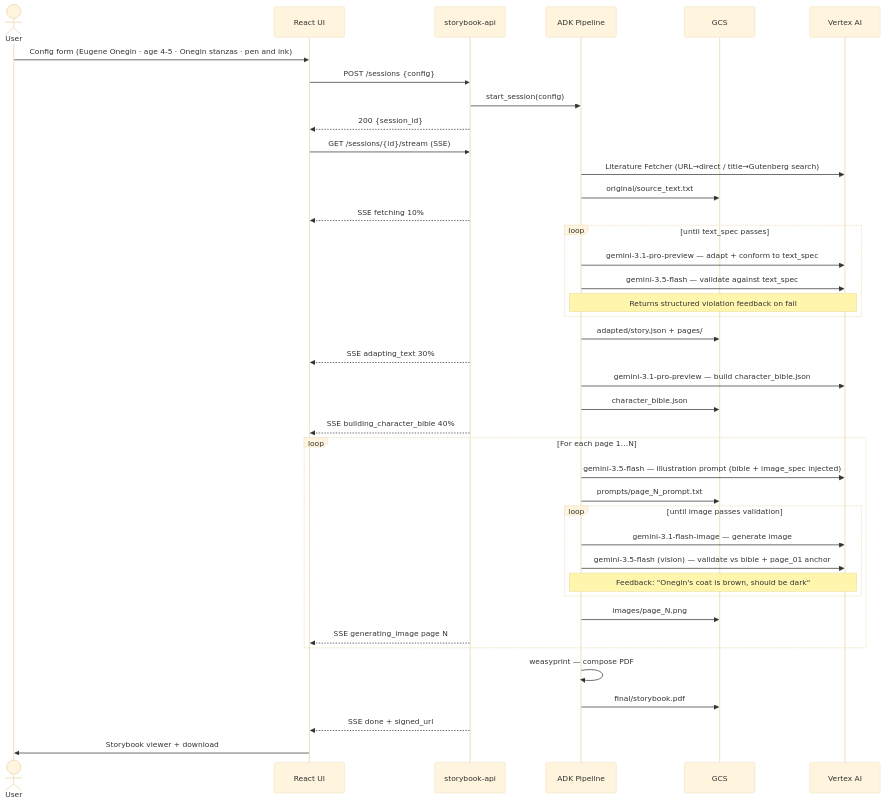
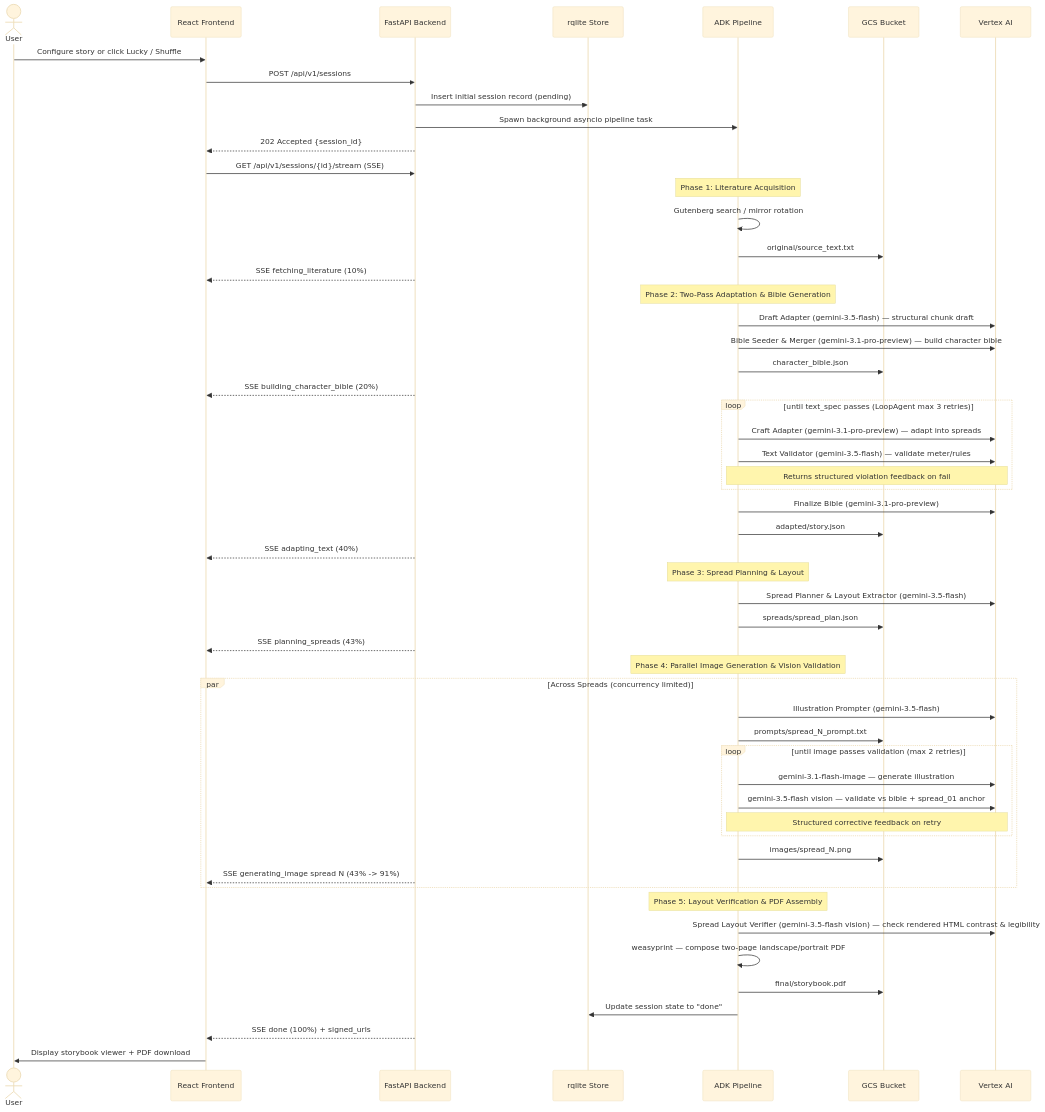
Before and after one commit to arbrown/asp: the fourth of 4 diagrams in docs/architecture/architecture.md, drawn with Mermaid (base theme). The commit also changed other lines of this file, not shown here.

Commit message:
docs: update architecture diagrams and spec to match current two-pass spread pipeline

````diff
--- a/docs/architecture/architecture.md
+++ b/docs/architecture/architecture.md
@@ -306,48 +286,63 @@
 ```mermaid
 sequenceDiagram
     actor User
-    participant UI as React UI
-    participant API as storybook-api
+    participant UI as React Frontend
+    participant API as FastAPI Backend
+    participant DB as rqlite Store
     participant Agent as ADK Pipeline
-    participant GCS
+    participant GCS as GCS Bucket
     participant Vertex as Vertex AI
 
-    User->>UI: Config form (Eugene Onegin · age 4-5 · Onegin stanzas · pen and ink)
-    UI->>API: POST /sessions {config}
-    API->>Agent: start_session(config)
-    API-->>UI: 200 {session_id}
-    UI->>API: GET /sessions/{id}/stream (SSE)
+    User->>UI: Configure story or click Lucky / Shuffle
+    UI->>API: POST /api/v1/sessions
+    API->>DB: Insert initial session record (pending)
+    API->>Agent: Spawn background asyncio pipeline task
+    API-->>UI: 202 Accepted {session_id}
+    UI->>API: GET /api/v1/sessions/{id}/stream (SSE)
 
-    Agent->>Vertex: Literature Fetcher (URL→direct / title→Gutenberg search)
+    Note over Agent: Phase 1: Literature Acquisition
+    Agent->>Agent: Gutenberg search / mirror rotation
     Agent->>GCS: original/source_text.txt
-    API-->>UI: SSE fetching 10%
+    API-->>UI: SSE fetching_literature (10%)
 
-    loop until text_spec passes
-        Agent->>Vertex: gemini-3.1-pro-preview — adapt + conform to text_spec
-        Agent->>Vertex: gemini-3.5-flash — validate against text_spec
+    Note over Agent: Phase 2: Two-Pass Adaptation & Bible Generation
+    Agent->>Vertex: Draft Adapter (gemini-3.5-flash) — structural chunk draft
+    Agent->>Vertex: Bible Seeder & Merger (gemini-3.1-pro-preview) — build character bible
+    Agent->>GCS: character_bible.json
+    API-->>UI: SSE building_character_bible (20%)
+
+    loop until text_spec passes (LoopAgent max 3 retries)
+        Agent->>Vertex: Craft Adapter (gemini-3.1-pro-preview) — adapt into spreads
+        Agent->>Vertex: Text Validator (gemini-3.5-flash) — validate meter/rules
         Note over Agent,Vertex: Returns structured violation feedback on fail
     end
-    Agent->>GCS: adapted/story.json + pages/
-    API-->>UI: SSE adapting_text 30%
+    Agent->>Vertex: Finalize Bible (gemini-3.1-pro-preview)
+    Agent->>GCS: adapted/story.json
+    API-->>UI: SSE adapting_text (40%)
 
-    Agent->>Vertex: gemini-3.1-pro-preview — build character_bible.json
-    Agent->>GCS: character_bible.json
-    API-->>UI: SSE building_character_bible 40%
+    Note over Agent: Phase 3: Spread Planning & Layout
+    Agent->>Vertex: Spread Planner & Layout Extractor (gemini-3.5-flash)
+    Agent->>GCS: spreads/spread_plan.json
+    API-->>UI: SSE planning_spreads (43%)
 
-    loop For each page 1…N
-        Agent->>Vertex: gemini-3.5-flash — illustration prompt (bible + image_spec injected)
-        Agent->>GCS: prompts/page_N_prompt.txt
-        loop until image passes validation
-            Agent->>Vertex: gemini-3.1-flash-image — generate image
-            Agent->>Vertex: gemini-3.5-flash (vision) — validate vs bible + page_01 anchor
-            Note over Agent,Vertex: Feedback: "Onegin's coat is brown, should be dark"
+    Note over Agent: Phase 4: Parallel Image Generation & Vision Validation
+    par Across Spreads (concurrency limited)
+        Agent->>Vertex: Illustration Prompter (gemini-3.5-flash)
+        Agent->>GCS: prompts/spread_N_prompt.txt
+        loop until image passes validation (max 2 retries)
+            Agent->>Vertex: gemini-3.1-flash-image — generate illustration
+            Agent->>Vertex: gemini-3.5-flash vision — validate vs bible + spread_01 anchor
+            Note over Agent,Vertex: Structured corrective feedback on retry
         end
-        Agent->>GCS: images/page_N.png
-        API-->>UI: SSE generating_image page N
+        Agent->>GCS: images/spread_N.png
+        API-->>UI: SSE generating_image spread N (43% -> 91%)
     end
 
-    Agent->>Agent: weasyprint — compose PDF
+    Note over Agent: Phase 5: Layout Verification & PDF Assembly
+    Agent->>Vertex: Spread Layout Verifier (gemini-3.5-flash vision) — check rendered HTML contrast & legibility
+    Agent->>Agent: weasyprint — compose two-page landscape/portrait PDF
     Agent->>GCS: final/storybook.pdf
-    API-->>UI: SSE done + signed_url
-    UI->>User: Storybook viewer + download
+    Agent->>DB: Update session state to "done"
+    API-->>UI: SSE done (100%) + signed_urls
+    UI->>User: Display storybook viewer + PDF download
 ```
````
